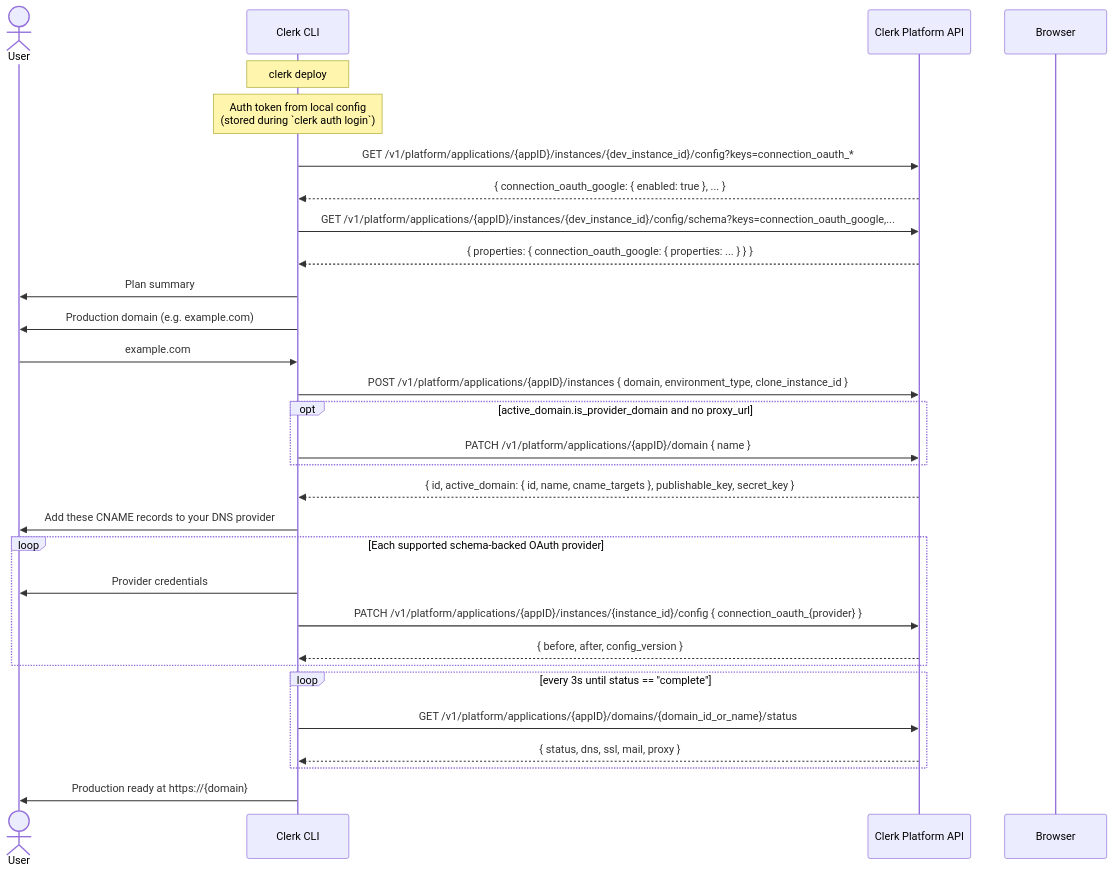
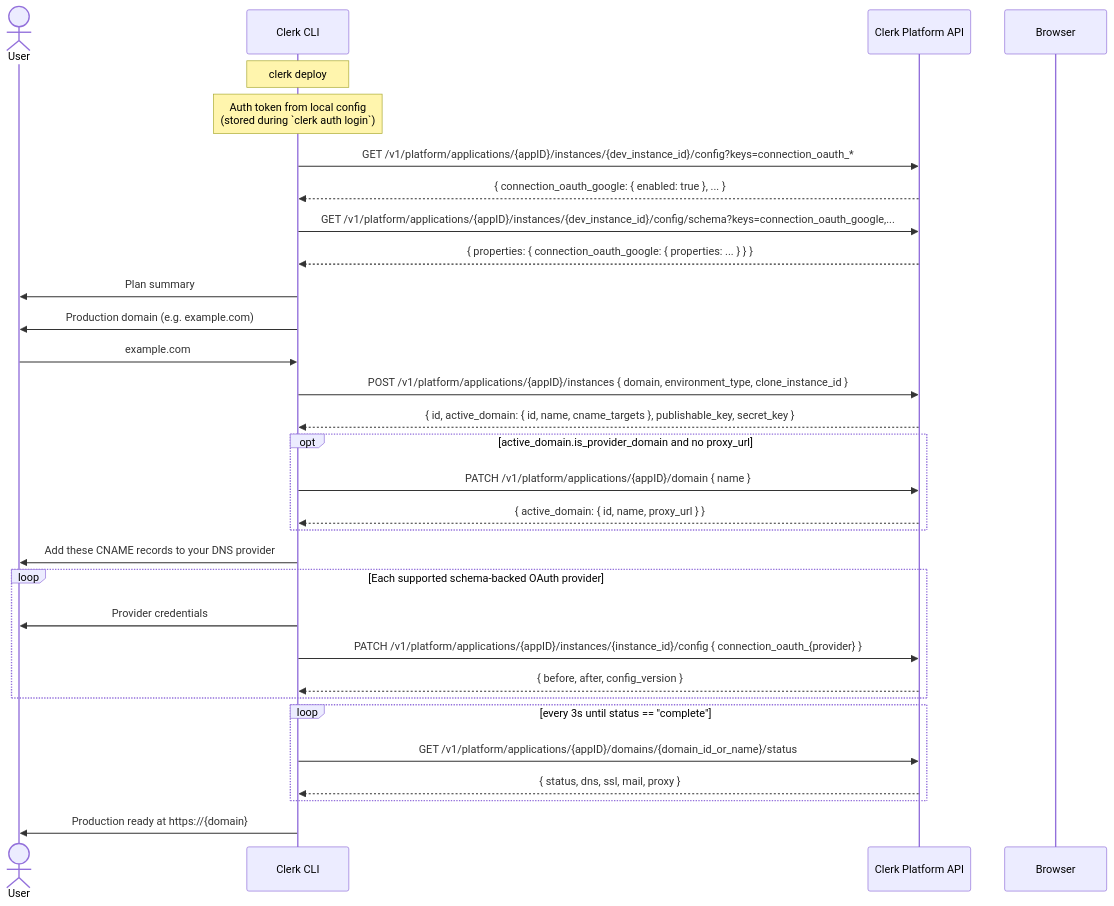
The diagram in packages/cli-core/src/commands/deploy/README.md (clerk/cli), drawn with Mermaid before and after one commit. The commit also changed 3 other files, not shown here.

````diff
--- a/packages/cli-core/src/commands/deploy/README.md
+++ b/packages/cli-core/src/commands/deploy/README.md
@@ -119,47 +119,48 @@
 ```mermaid
 sequenceDiagram
     actor User
     participant CLI as Clerk CLI
     participant API as Clerk Platform API
     participant Browser
 
     Note over CLI: clerk deploy
 
     %% Auth & app context
     Note over CLI: Auth token from local config<br/>(stored during `clerk auth login`)
 
     %% Discover enabled OAuth providers in dev
     CLI->>API: GET /v1/platform/applications/{appID}/instances/{dev_instance_id}/config?keys=connection_oauth_*
     API-->>CLI: { connection_oauth_google: { enabled: true }, ... }
     CLI->>API: GET /v1/platform/applications/{appID}/instances/{dev_instance_id}/config/schema?keys=connection_oauth_google,...
     API-->>CLI: { properties: { connection_oauth_google: { properties: ... } } }
 
     %% Plan summary + domain
     CLI->>User: Plan summary
     CLI->>User: Production domain (e.g. example.com)
     User->>CLI: example.com
 
     %% Create production instance + domain in one round-trip, including clone validation
     CLI->>API: POST /v1/platform/applications/{appID}/instances { domain, environment_type, clone_instance_id }
+    API-->>CLI: { id, active_domain: { id, name, cname_targets }, publishable_key, secret_key }
     opt active_domain.is_provider_domain and no proxy_url
         CLI->>API: PATCH /v1/platform/applications/{appID}/domain { name }
+        API-->>CLI: { active_domain: { id, name, proxy_url } }
     end
-    API-->>CLI: { id, active_domain: { id, name, cname_targets }, publishable_key, secret_key }
 
     CLI->>User: Add these CNAME records to your DNS provider
 
     %% OAuth credential loop
     loop Each supported schema-backed OAuth provider
         CLI->>User: Provider credentials
         CLI->>API: PATCH /v1/platform/applications/{appID}/instances/{instance_id}/config { connection_oauth_{provider} }
         API-->>CLI: { before, after, config_version }
     end
 
     %% Poll domain status
     loop every 3s until status == "complete"
         CLI->>API: GET /v1/platform/applications/{appID}/domains/{domain_id_or_name}/status
         API-->>CLI: { status, dns, ssl, mail, proxy }
     end
 
     CLI->>User: Production ready at https://{domain}
 ```
````
